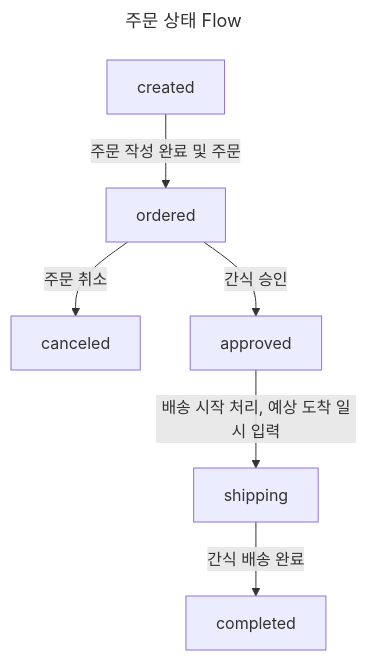
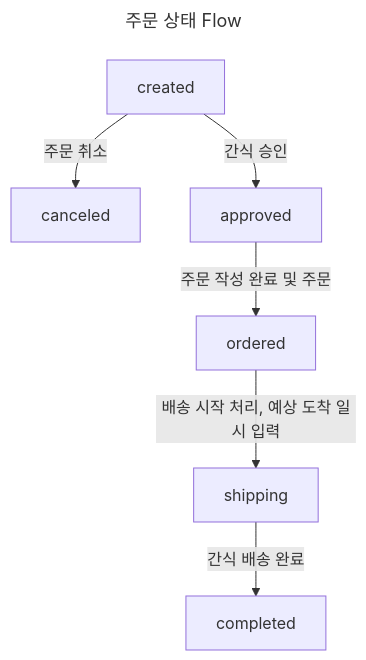
The fourth of 5 diagrams in README.md (orchwang/snack-manager-server), drawn with Mermaid before and after one commit. The commit also changed other lines of this file and 2 other files, not shown here.

````diff
--- a/README.md
+++ b/README.md
@@ -338,18 +338,18 @@
 ```mermaid
 ---
 title: 주문 상태 Flow
 ---
 flowchart TD
   created[created]
   ordered[ordered]
   canceled[canceled]
   approved[approved]
   shipping[shipping]
   completed[completed]
   
-  created --> |주문 작성 완료 및 주문| ordered
-  ordered --> |간식 승인| approved
-  approved --> |배송 시작 처리, 예상 도착 일시 입력| shipping
+  approved --> |주문 작성 완료 및 주문| ordered 
+  created --> |간식 승인| approved
+  ordered --> |배송 시작 처리, 예상 도착 일시 입력| shipping
   shipping--> |간식 배송 완료| completed
-  ordered--> |주문 취소| canceled
+  created --> |주문 취소| canceled
 ```
````
